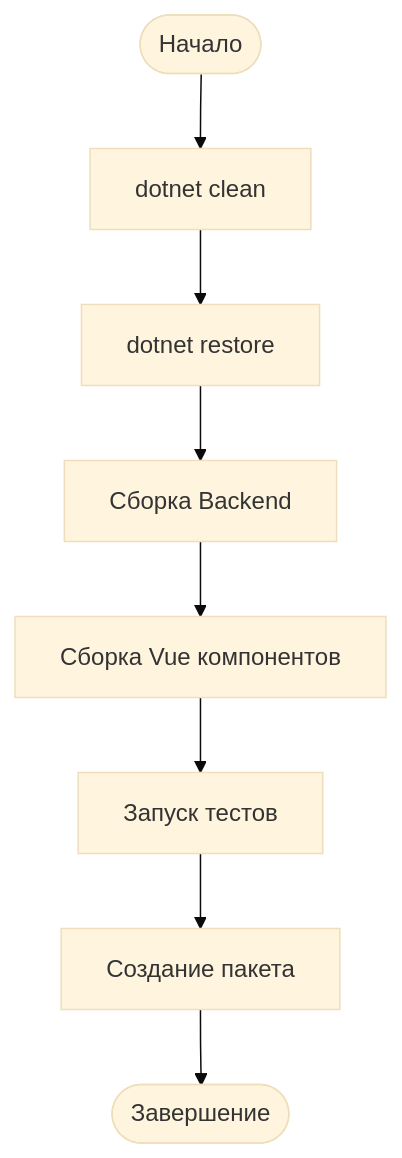
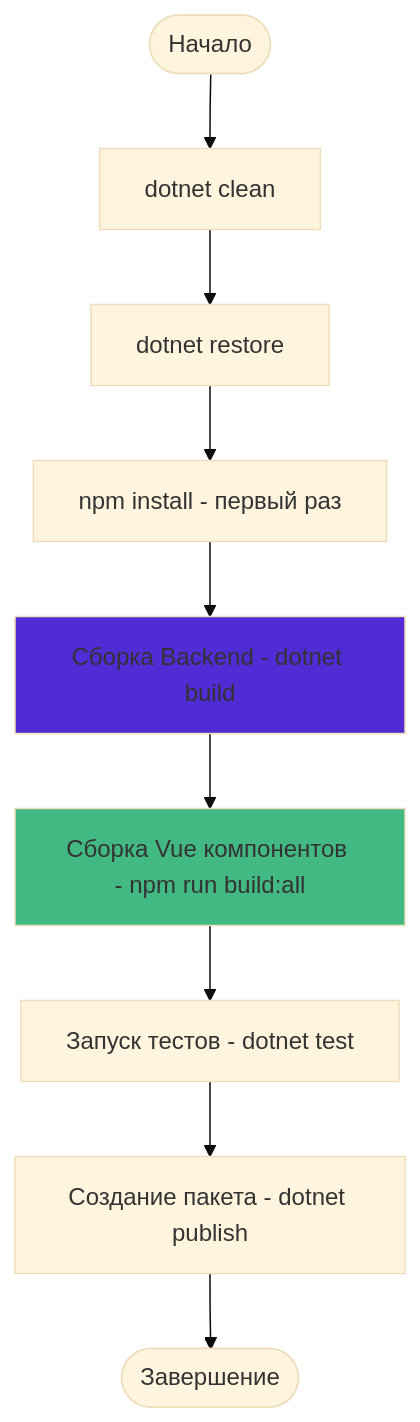
One commit to tn-ivk/tn-doc changed the first of 2 diagrams in docs/development/building.md. Above: the diagram before and after it, drawn with Mermaid (base theme). The commit also changed other lines of this file and 12 other files, not shown here.

````diff
--- a/docs/development/building.md
+++ b/docs/development/building.md
@@ -5,10 +11,14 @@
 ```mermaid
 flowchart TB
     Start([Начало]) --> Clean[dotnet clean]
     Clean --> Restore[dotnet restore]
-    Restore --> BuildBackend[Сборка Backend]
-    BuildBackend --> BuildVue[Сборка Vue компонентов]
-    BuildVue --> Tests[Запуск тестов]
-    Tests --> Package[Создание пакета]
+    Restore --> NpmInstall[npm install - первый раз]
+    NpmInstall --> BuildBackend[Сборка Backend - dotnet build]
+    BuildBackend --> BuildVue[Сборка Vue компонентов - npm run build:all]
+    BuildVue --> Tests[Запуск тестов - dotnet test]
+    Tests --> Package[Создание пакета - dotnet publish]
     Package --> End([Завершение])
+
+    style BuildVue fill:#42b883
+    style BuildBackend fill:#512bd4
 ```
````
